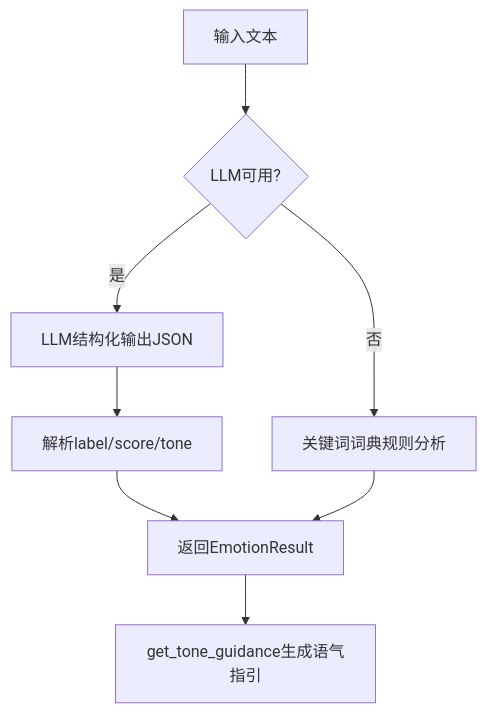
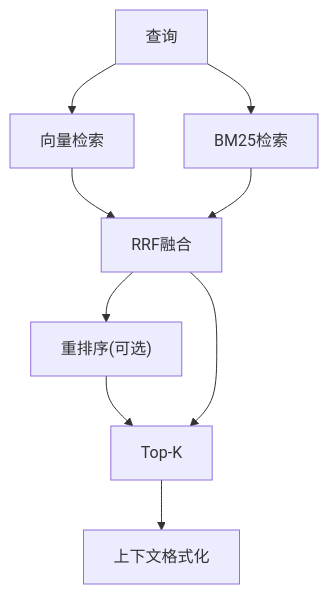
One commit to Cecil09312/DingDingAIAssistant changed the fourth of 7 diagrams in .qoder/repowiki/zh/content/项目概述.md. Above: the diagram before and after it, drawn with Mermaid. The commit also changed other lines of this file and 81 other files, not shown here.

````diff
--- a/.qoder/repowiki/zh/content/项目概述.md
+++ b/.qoder/repowiki/zh/content/项目概述.md
@@ -221,10 +174,11 @@
 ```mermaid
 flowchart TD
-A["输入文本"] --> B{"LLM可用?"}
-B --> |是| C["LLM结构化输出JSON"]
-C --> D["解析label/score/tone"]
-B --> |否| E["关键词词典规则分析"]
-D --> F["返回EmotionResult"]
-E --> F
-F --> G["get_tone_guidance生成语气指引"]
+Q["查询"] --> V["向量检索"]
+Q --> B["BM25检索"]
+V --> F["RRF融合"]
+B --> F
+F --> R["重排序(可选)"]
+R --> K["Top-K"]
+F --> K
+K --> C["上下文格式化"]
 ```
````
